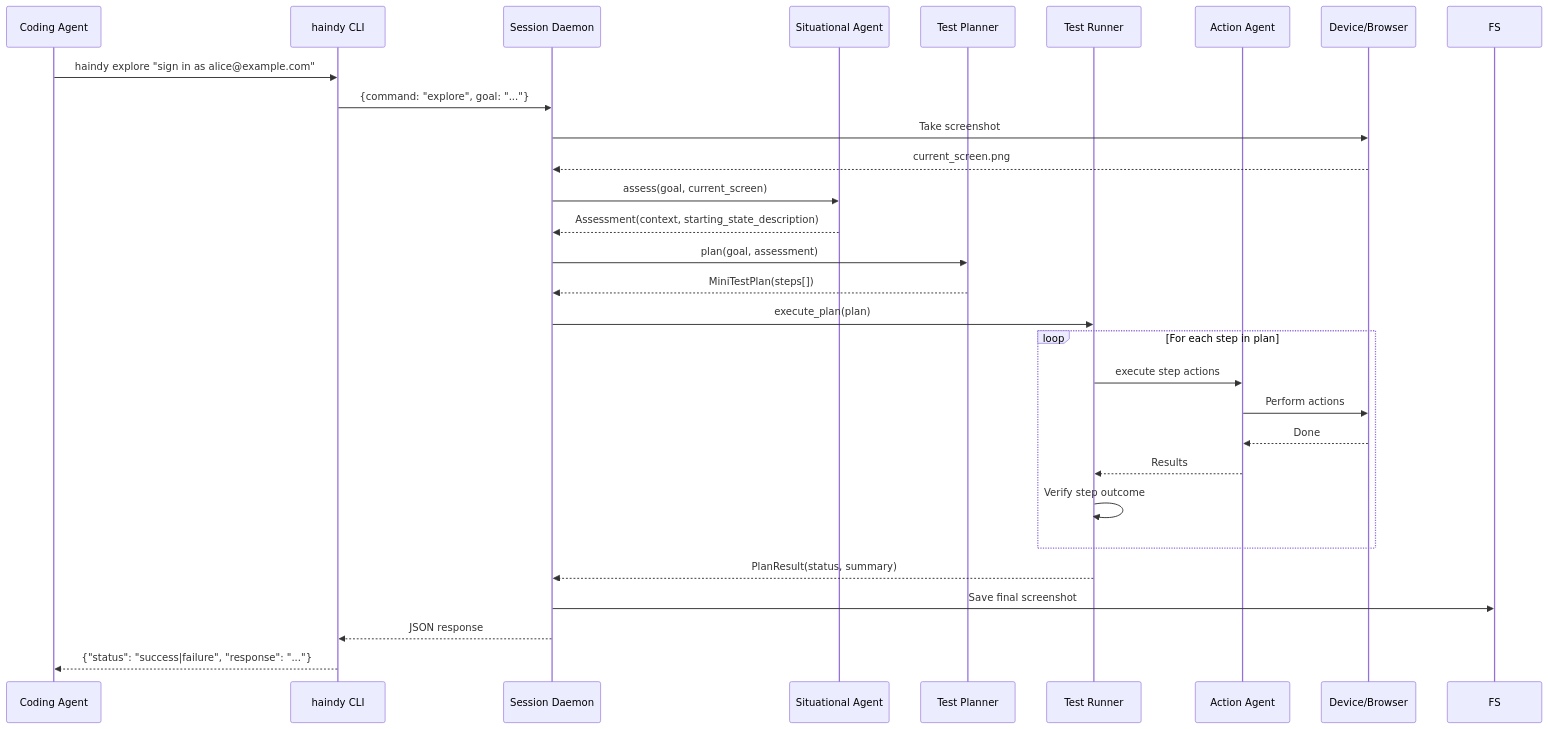
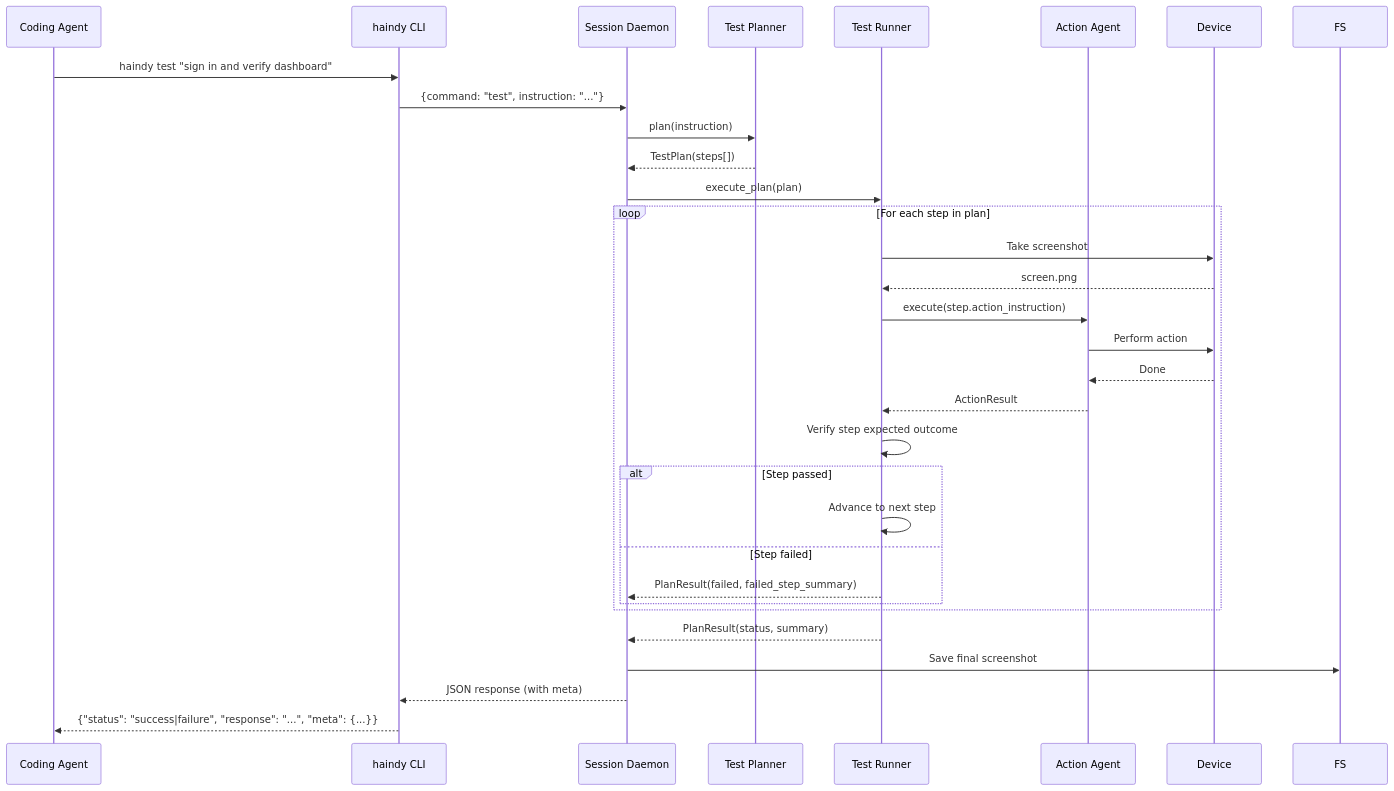
One commit to Haindy/haindy changed the fourth of 4 diagrams in docs/design/tool-call-mode/SESSION_DAEMON.md. Above: the diagram before and after it, drawn with Mermaid. The commit also changed other lines of this file and 3 other files, not shown here.

````diff
--- a/docs/design/tool-call-mode/SESSION_DAEMON.md
+++ b/docs/design/tool-call-mode/SESSION_DAEMON.md
@@ -137,38 +99,36 @@
 ```mermaid
 sequenceDiagram
     participant CA as Coding Agent
     participant CLI as haindy CLI
     participant D as Session Daemon
-    participant SIT as Situational Agent
     participant TP as Test Planner
     participant TR as Test Runner
     participant AA as Action Agent
-    participant DEV as Device/Browser
+    participant DEV as Device
 
-    CA->>CLI: haindy explore "sign in as alice@example.com"
-    CLI->>D: {command: "explore", goal: "..."}
-
-    D->>DEV: Take screenshot
-    DEV-->>D: current_screen.png
-
-    D->>SIT: assess(goal, current_screen)
-    SIT-->>D: Assessment(context, starting_state_description)
-
-    D->>TP: plan(goal, assessment)
-    TP-->>D: MiniTestPlan(steps[])
-
+    CA->>CLI: haindy test "sign in and verify dashboard"
+    CLI->>D: {command: "test", instruction: "..."}
+    D->>TP: plan(instruction)
+    TP-->>D: TestPlan(steps[])
     D->>TR: execute_plan(plan)
 
     loop For each step in plan
-        TR->>AA: execute step actions
-        AA->>DEV: Perform actions
+        TR->>DEV: Take screenshot
+        DEV-->>TR: screen.png
+        TR->>AA: execute(step.action_instruction)
+        AA->>DEV: Perform action
         DEV-->>AA: Done
-        AA-->>TR: Results
-        TR->>TR: Verify step outcome
+        AA-->>TR: ActionResult
+        TR->>TR: Verify step expected outcome
+        alt Step passed
+            TR->>TR: Advance to next step
+        else Step failed
+            TR-->>D: PlanResult(failed, failed_step_summary)
+        end
     end
 
     TR-->>D: PlanResult(status, summary)
     D->>FS: Save final screenshot
-    D-->>CLI: JSON response
-    CLI-->>CA: {"status": "success|failure", "response": "..."}
+    D-->>CLI: JSON response (with meta)
+    CLI-->>CA: {"status": "success|failure", "response": "...", "meta": {...}}
 ```
````
